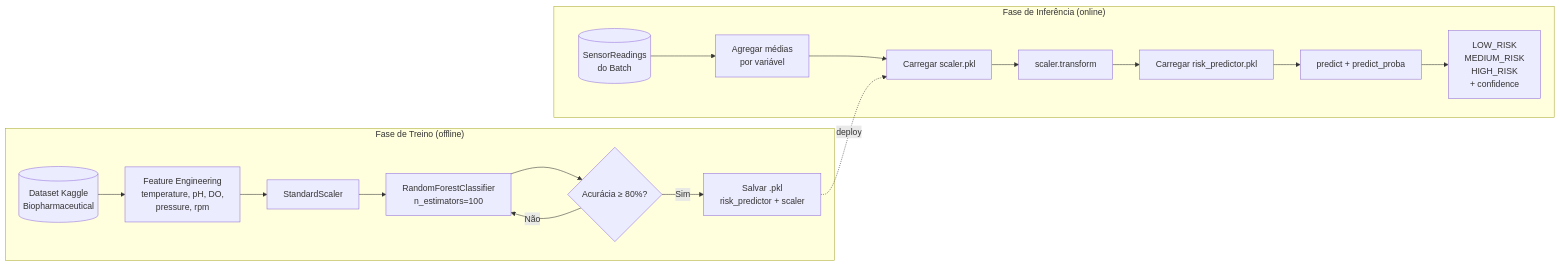
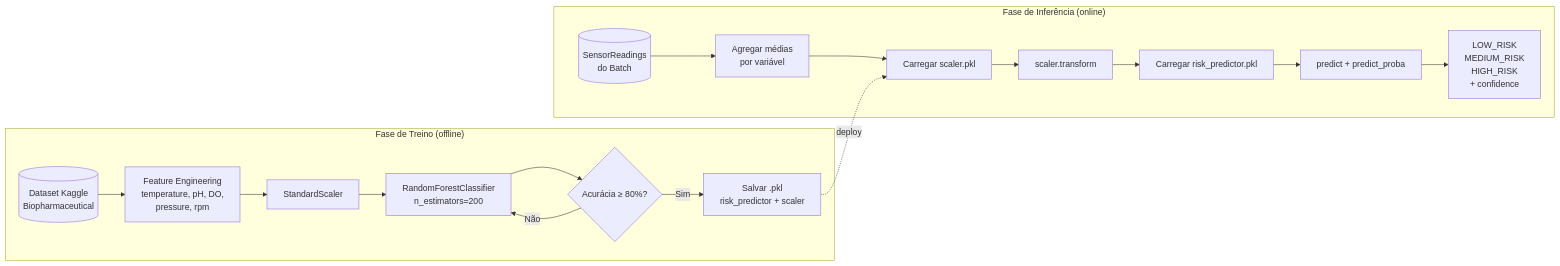
One commit to micheleoliveiracod/Projeto-avaliativo-M1-2-BiotecPredict changed the fifth of 7 diagrams in docs/PRD.md. Above: the diagram before and after it, drawn with Mermaid. The commit also changed 8 other files, not shown here.

````diff
--- a/docs/PRD.md
+++ b/docs/PRD.md
@@ -438,22 +438,22 @@
 ```mermaid
 flowchart LR
     subgraph Treino ["Fase de Treino (offline)"]
         DS[(Dataset Kaggle\nBiopharmaceutical)] --> FEAT[Feature Engineering\ntemperature, pH, DO,\npressure, rpm]
         FEAT --> SCALE[StandardScaler]
-        SCALE --> RF_TRAIN[RandomForestClassifier\nn_estimators=100]
+        SCALE --> RF_TRAIN[RandomForestClassifier\nn_estimators=200]
         RF_TRAIN --> EVAL{Acurácia ≥ 80%?}
         EVAL -- Sim --> SAVE[Salvar .pkl\nrisk_predictor + scaler]
         EVAL -- Não --> RF_TRAIN
     end
 
     subgraph Inferência ["Fase de Inferência (online)"]
         BATCH_DATA[(SensorReadings\ndo Batch)] --> AGG[Agregar médias\npor variável]
         AGG --> LOAD_SCALE[Carregar scaler.pkl]
         LOAD_SCALE --> TRANSFORM[scaler.transform]
         TRANSFORM --> LOAD_RF[Carregar risk_predictor.pkl]
         LOAD_RF --> PREDICT[predict + predict_proba]
         PREDICT --> OUT[LOW_RISK\nMEDIUM_RISK\nHIGH_RISK\n+ confidence]
     end
 
     SAVE -.->|deploy| LOAD_SCALE
 ```
````
